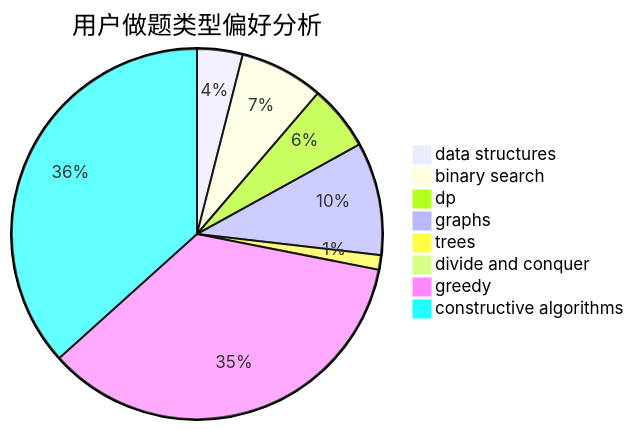
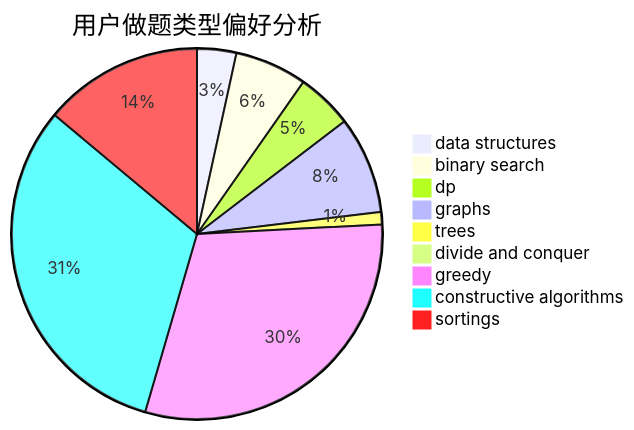
One commit to sherpahu/cfrs.github.io changed the second of 3 diagrams in docs/user/u1538.md. Above: the diagram before and after it, drawn with Mermaid. The commit also changed other lines of this file and 2769 other files, not shown here.

````diff
--- a/docs/user/u1538.md
+++ b/docs/user/u1538.md
@@ -23,11 +18,12 @@
 ```mermaid
 pie title 用户做题类型偏好分析
     "data structures" :  44
     "binary search" :  81
     "dp" :  63
     "graphs" :  109
     "trees" :  14
     "divide and conquer" :  6
     "greedy" :  390
     "constructive algorithms" :  406
+    "sortings" :  179
 ```
````
